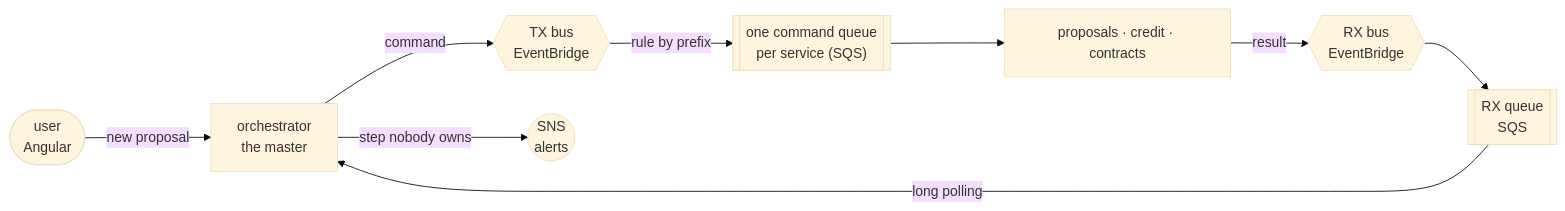
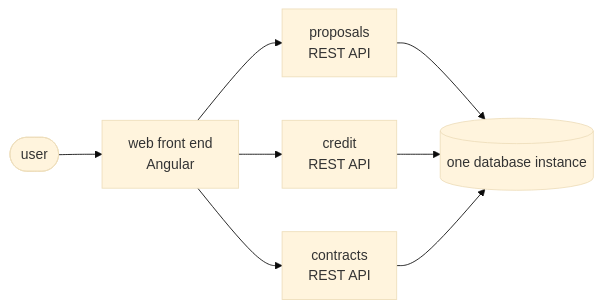
The diagram in docs/adr/0001-architecture.md (Batchuka/spec-hermes), drawn with Mermaid (base theme) before and after one commit. The commit also changed other lines of this file and 3 other files, not shown here.

First line of the commit message:
docs(adr): ADR 0001 decides independent services, one per domain

````diff
--- a/docs/adr/0001-architecture.md
+++ b/docs/adr/0001-architecture.md
@@ -28,16 +28,17 @@
 ```mermaid
 flowchart LR
-    user(["user<br/>Angular"])
-    orch["orchestrator<br/>the master"]
-    tx{{"TX bus<br/>EventBridge"}}
-    rx{{"RX bus<br/>EventBridge"}}
-    cq[["one command queue<br/>per service (SQS)"]]
-    rxq[["RX queue<br/>SQS"]]
-    svc["proposals · credit · contracts"]
-    sns(("SNS<br/>alerts"))
+    user(["user"])
+    web["web front end<br/>Angular"]
+    p["proposals<br/>REST API"]
+    c["credit<br/>REST API"]
+    k["contracts<br/>REST API"]
+    db[("one database instance")]
 
-    user -->|"new proposal"| orch
-    orch -->|command| tx -->|"rule by prefix"| cq --> svc
-    svc -->|result| rx --> rxq -->|"long polling"| orch
-    orch -->|"step nobody owns"| sns
+    user --> web
+    web --> p
+    web --> c
+    web --> k
+    p --> db
+    c --> db
+    k --> db
 ```
````
